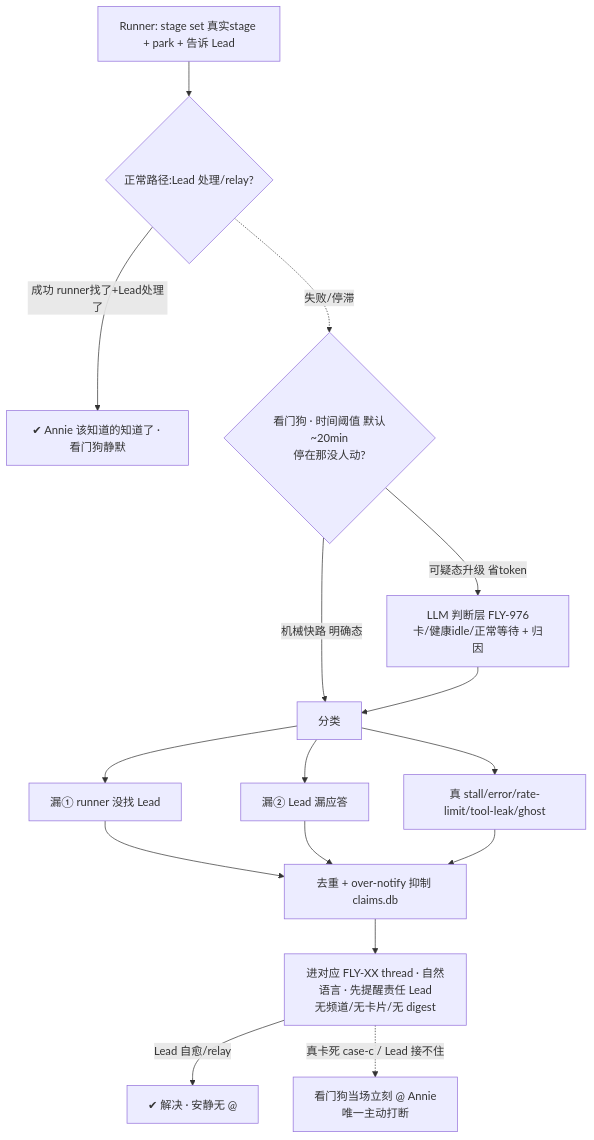
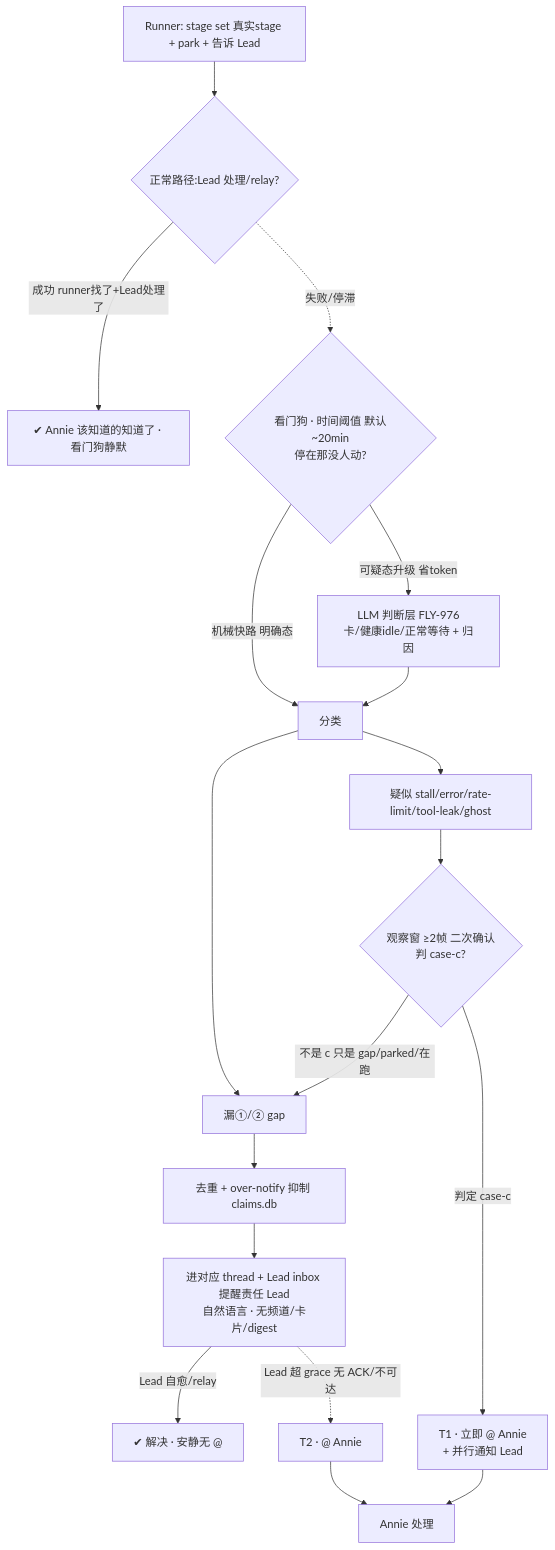
Before and after one commit to xrliAnnie/flywheel-qa-sandbox: the first of 2 diagrams in product/doc/FLY-942-proactive-reporting/prd.md, drawn with Mermaid. The commit also changed other lines of this file, not shown here.

First line of the commit message:
docs(FLY-942): address Codex design-review R2 (3 consistency fixes)

````diff
--- a/product/doc/FLY-942-proactive-reporting/prd.md
+++ b/product/doc/FLY-942-proactive-reporting/prd.md
@@ -34,18 +34,20 @@
 ```mermaid
 flowchart TD
   R[Runner: stage set 真实stage + park + 告诉 Lead] --> NP{正常路径:Lead 处理/relay?}
   NP -->|成功 runner找了+Lead处理了| OK[✔ Annie 该知道的知道了 · 看门狗静默]
   NP -. 失败/停滞 .-> WD{看门狗 · 时间阈值 默认~20min<br/>停在那没人动?}
   WD -->|机械快路 明确态| CLS[分类]
   WD -->|可疑态升级 省token| LLM[LLM 判断层 FLY-976<br/>卡/健康idle/正常等待 + 归因]
   LLM --> CLS
-  CLS --> G1[漏① runner 没找 Lead]
-  CLS --> G2[漏② Lead 漏应答]
-  CLS --> G3[真 stall/error/rate-limit/tool-leak/ghost]
-  G1 --> DEDUP[去重 + over-notify 抑制 claims.db]
-  G2 --> DEDUP
-  G3 --> DEDUP
-  DEDUP --> THREAD[进对应 FLY-XX thread · 自然语言 · 先提醒责任 Lead<br/>无频道/无卡片/无 digest]
+  CLS --> G12[漏①/② gap]
+  CLS --> G3[疑似 stall/error/rate-limit/tool-leak/ghost]
+  G3 --> OW{观察窗 ≥2帧 二次确认<br/>判 case-c?}
+  OW -->|不是 c 只是 gap/parked/在跑| G12
+  OW -->|判定 case-c| T1[T1 · 立即 @ Annie<br/>+ 并行通知 Lead]
+  G12 --> DEDUP[去重 + over-notify 抑制 claims.db]
+  DEDUP --> THREAD[进对应 thread + Lead inbox 提醒责任 Lead<br/>自然语言 · 无频道/卡片/digest]
   THREAD -->|Lead 自愈/relay| DONE2[✔ 解决 · 安静无 @]
-  THREAD -. 真卡死 case-c / Lead 接不住 .-> ANNIE[看门狗当场立刻 @ Annie<br/>唯一主动打断]
+  THREAD -. Lead 超 grace 无 ACK/不可达 .-> T2[T2 · @ Annie]
+  T1 --> ANNIE[Annie 处理]
+  T2 --> ANNIE
 ```
````
